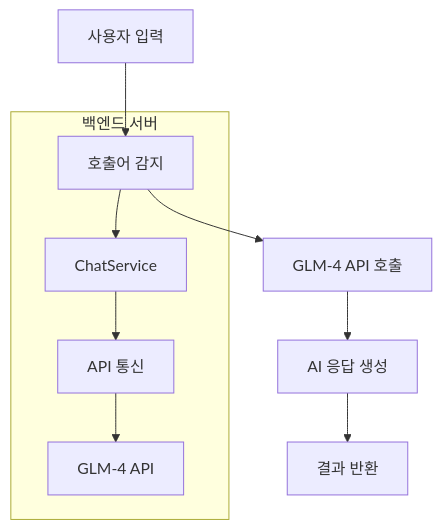
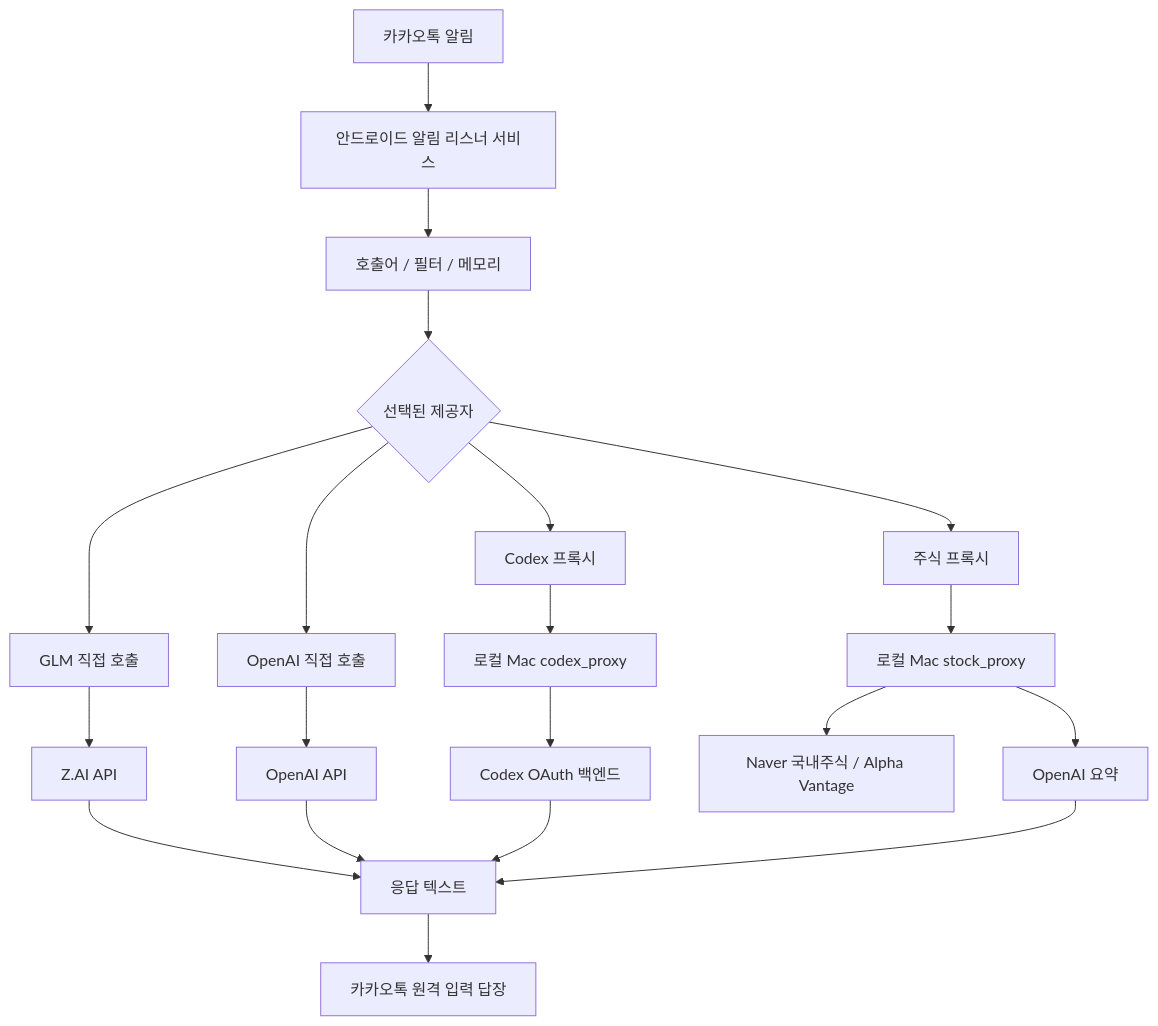
The diagram in README.md (coreline-ai/glm_cbot_kakao), drawn with Mermaid before and after one commit. The commit also changed other lines of this file and 155 other files, not shown here.

````diff
--- a/README.md
+++ b/README.md
@@ -55,13 +47,22 @@
 ```mermaid
-graph TD
-    A[사용자 입력] --> B[호출어 감지]
-    B --> C[GLM-4 API 호출]
-    C --> D[AI 응답 생성]
-    D --> E[결과 반환]
-
-    subgraph "백엔드 서버"
-        B --> F[ChatService]
-        F --> G[API 통신]
-        G --> H[GLM-4 API]
-    end
+flowchart TD
+    A[카카오톡 알림] --> B[안드로이드 알림 리스너 서비스]
+    B --> C[호출어 / 필터 / 메모리]
+    C --> D{선택된 제공자}
+    D --> E[GLM 직접 호출]
+    D --> F[OpenAI 직접 호출]
+    D --> G[Codex 프록시]
+    D --> H[주식 프록시]
+    E --> E1[Z.AI API]
+    F --> F1[OpenAI API]
+    G --> G1[로컬 Mac codex_proxy]
+    G1 --> G2[Codex OAuth 백엔드]
+    H --> H1[로컬 Mac stock_proxy]
+    H1 --> H2[Naver 국내주식 / Alpha Vantage]
+    H1 --> H3[OpenAI 요약]
+    E1 --> I[응답 텍스트]
+    F1 --> I
+    G2 --> I
+    H3 --> I
+    I --> J[카카오톡 원격 입력 답장]
 ```
````
